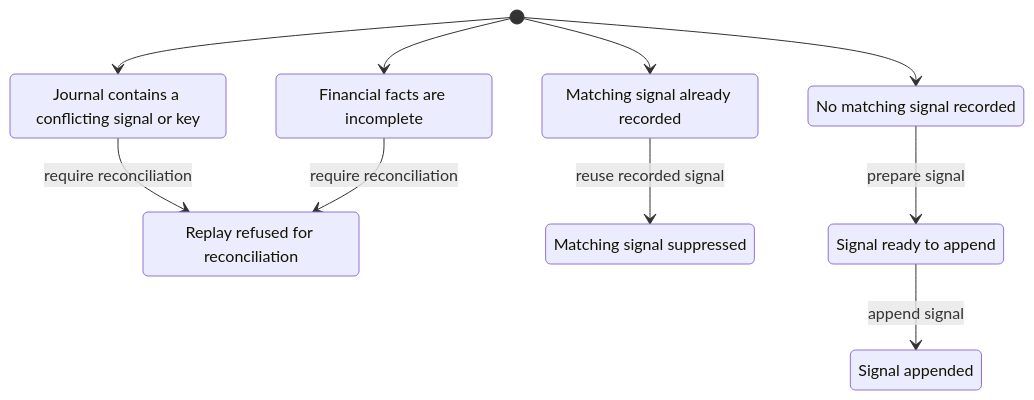
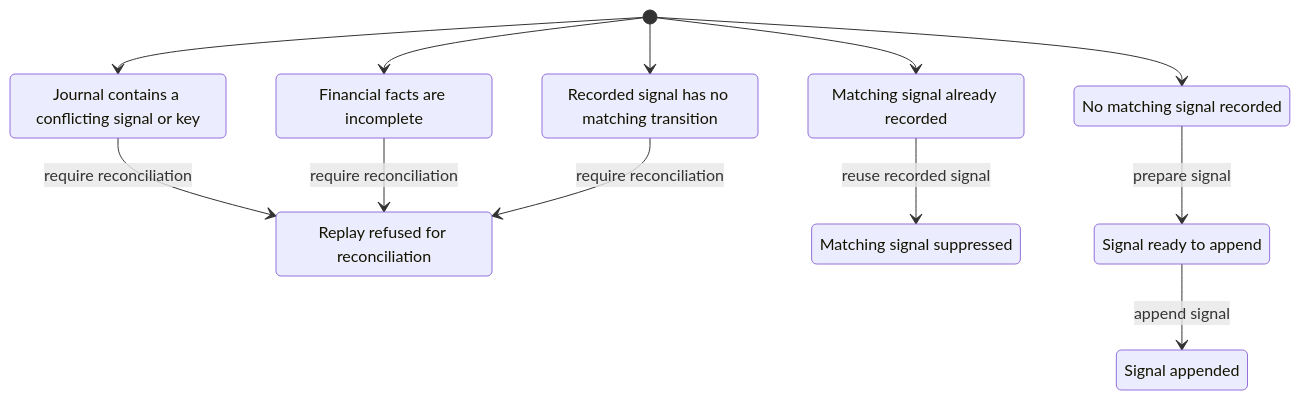
One commit to Hobo-Labs/HoBo changed the third of 7 diagrams in packages/broker/README.md. Above: the diagram before and after it, drawn with Mermaid. The commit also changed other lines of this file and 17 other files, not shown here.

````diff
--- a/packages/broker/README.md
+++ b/packages/broker/README.md
@@ -169,20 +169,23 @@
 ```mermaid
 stateDiagram-v2
   s0: Journal contains a conflicting signal or key
   s1: Matching signal already recorded
   s2: No matching signal recorded
   s3: Financial facts are incomplete
-  s4: Replay refused for reconciliation
-  s5: Matching signal suppressed
-  s6: Signal ready to append
-  s7: Signal appended
+  s4: Recorded signal has no matching transition
+  s5: Replay refused for reconciliation
+  s6: Matching signal suppressed
+  s7: Signal ready to append
+  s8: Signal appended
   [*] --> s0
   [*] --> s1
   [*] --> s2
   [*] --> s3
-  s0 --> s4: require reconciliation
-  s1 --> s5: reuse recorded signal
-  s2 --> s6: prepare signal
-  s3 --> s4: require reconciliation
-  s6 --> s7: append signal
+  [*] --> s4
+  s0 --> s5: require reconciliation
+  s1 --> s6: reuse recorded signal
+  s2 --> s7: prepare signal
+  s3 --> s5: require reconciliation
+  s4 --> s5: require reconciliation
+  s7 --> s8: append signal
 ```
````
